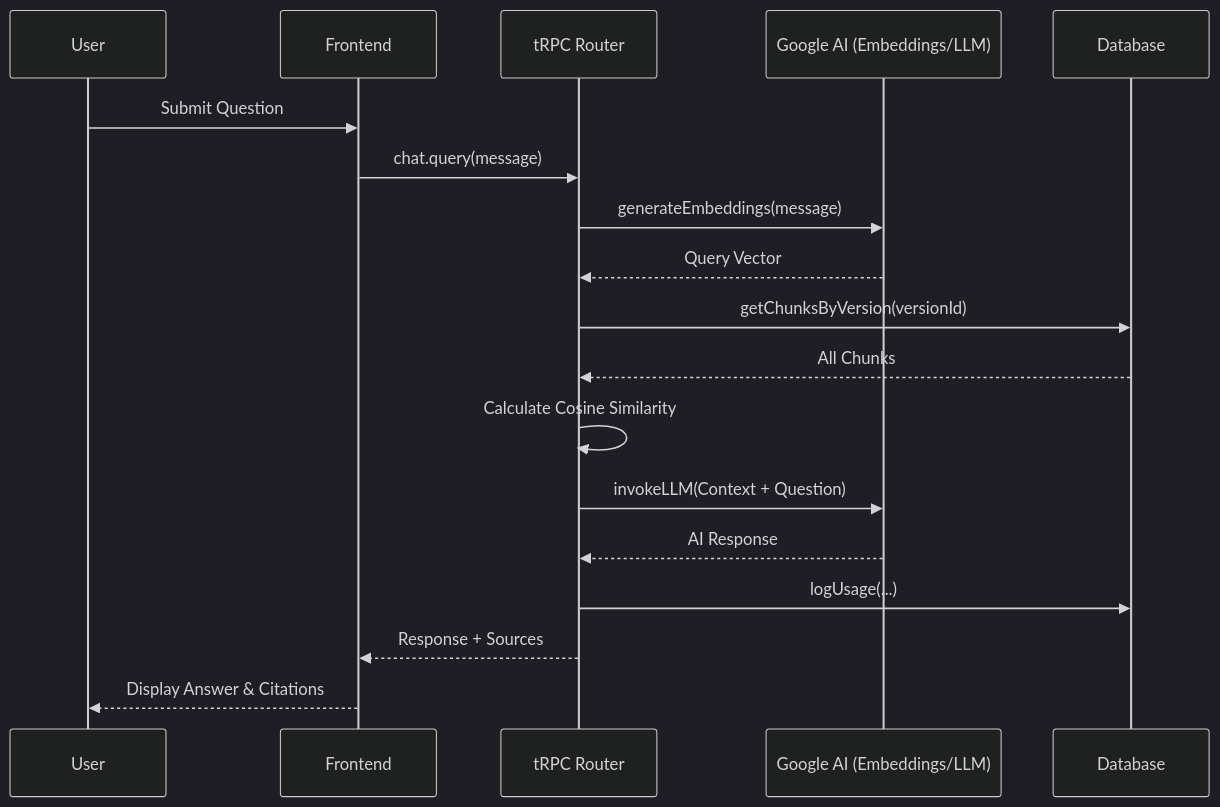
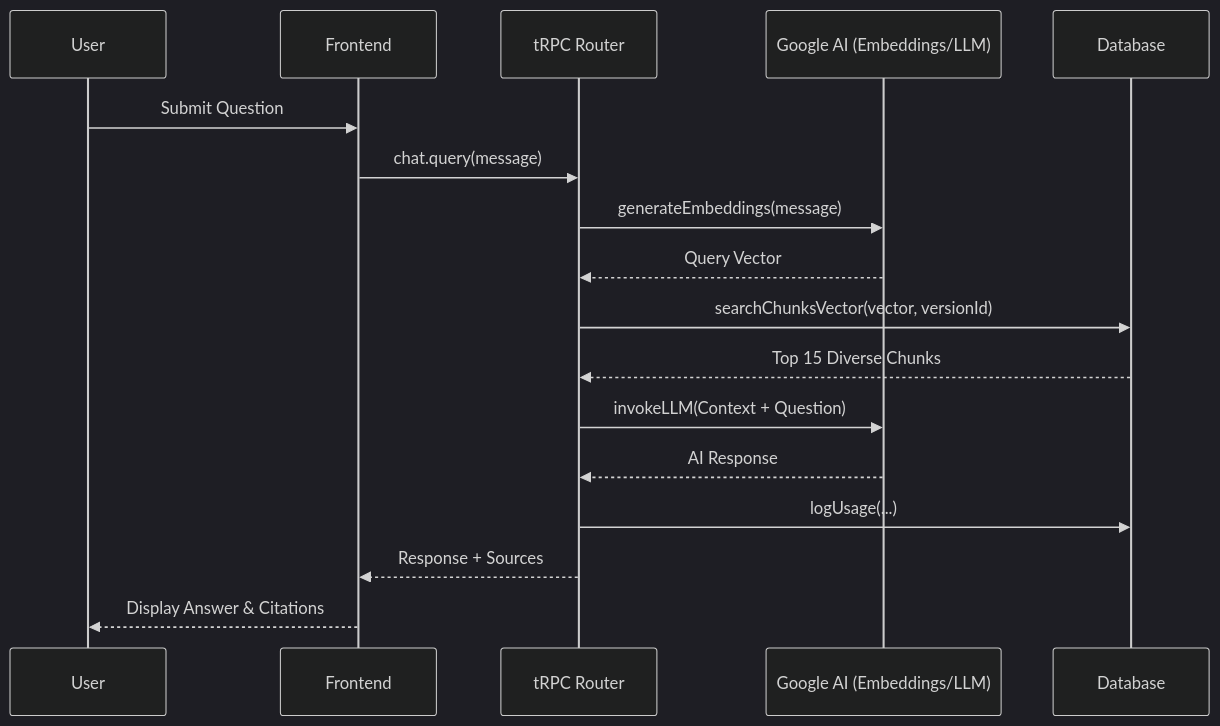
Before and after one commit to devshayan101/RAGForge: the diagram in working.md, drawn with Mermaid (dark theme). The commit also changed other lines of this file and 6 other files, not shown here.

Commit message:
feat/ db native vector search and diversity search

````diff
--- a/working.md
+++ b/working.md
@@ -45,21 +57,20 @@
 ```mermaid
 sequenceDiagram
     participant User
     participant Frontend
     participant TRPC as tRPC Router
     participant LLM as Google AI (Embeddings/LLM)
     participant DB as Database
 
     User->>Frontend: Submit Question
     Frontend->>TRPC: chat.query(message)
     TRPC->>LLM: generateEmbeddings(message)
     LLM-->>TRPC: Query Vector
-    TRPC->>DB: getChunksByVersion(versionId)
-    DB-->>TRPC: All Chunks
-    TRPC->>TRPC: Calculate Cosine Similarity
+    TRPC->>DB: searchChunksVector(vector, versionId)
+    DB-->>TRPC: Top 15 Diverse Chunks
     TRPC->>LLM: invokeLLM(Context + Question)
     LLM-->>TRPC: AI Response
     TRPC->>DB: logUsage(...)
     TRPC-->>Frontend: Response + Sources
     Frontend-->>User: Display Answer & Citations
 ```
````
